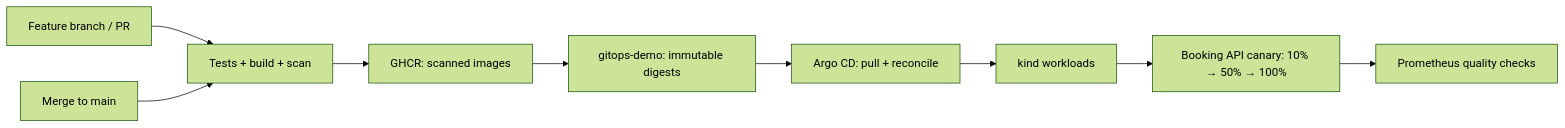
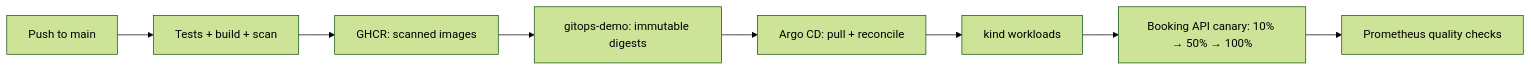
The second of 2 diagrams in README.md (wmcbay13/ticket-platform), drawn with Mermaid (forest theme) before and after one commit. The commit also changed other lines of this file, not shown here.

Commit message:
docs: refresh README for merged main deployment

````diff
--- a/README.md
+++ b/README.md
@@ -63,11 +66,10 @@
 ```mermaid
 flowchart LR
-  Feature[Feature branch / PR] --> Checks[Tests + build + scan]
-  Main[Merge to main] --> Checks
+  Main[Push to main] --> Checks[Tests + build + scan]
   Checks --> GHCR[GHCR: scanned images]
   GHCR --> Snapshot[gitops-demo: immutable digests]
   Snapshot --> ArgoCD[Argo CD: pull + reconcile]
   ArgoCD --> Cluster[kind workloads]
   Cluster --> Canary[Booking API canary: 10% → 50% → 100%]
   Canary --> Analysis[Prometheus quality checks]
 ```
````
